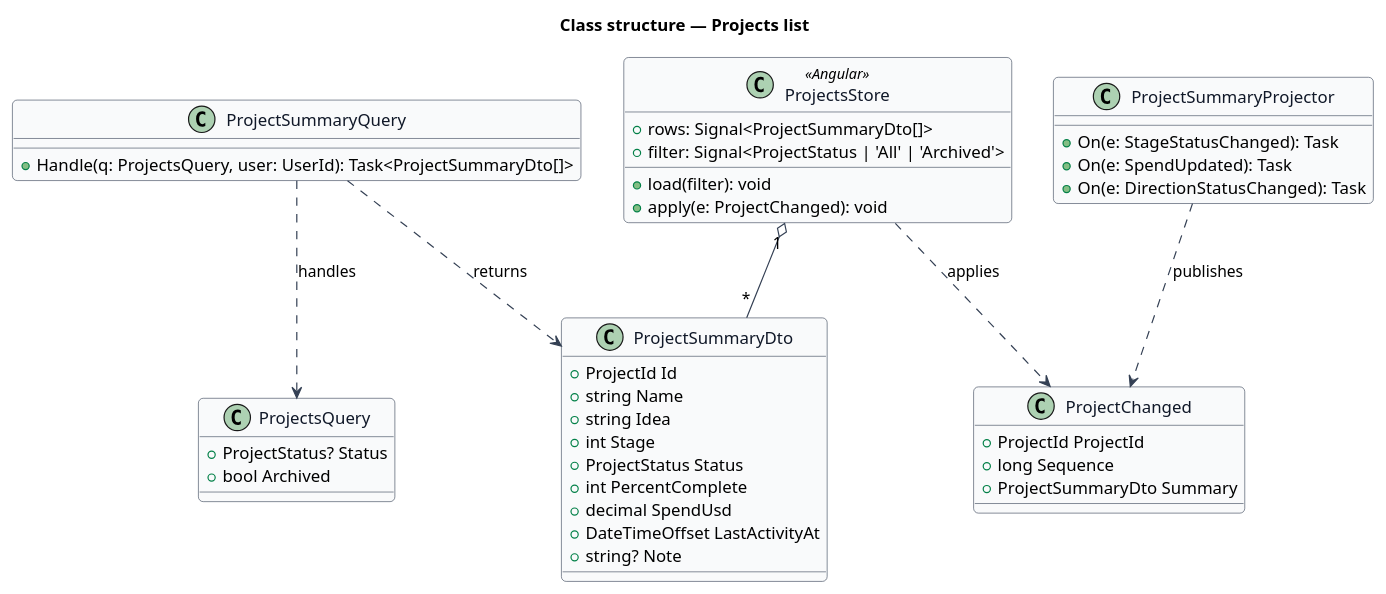
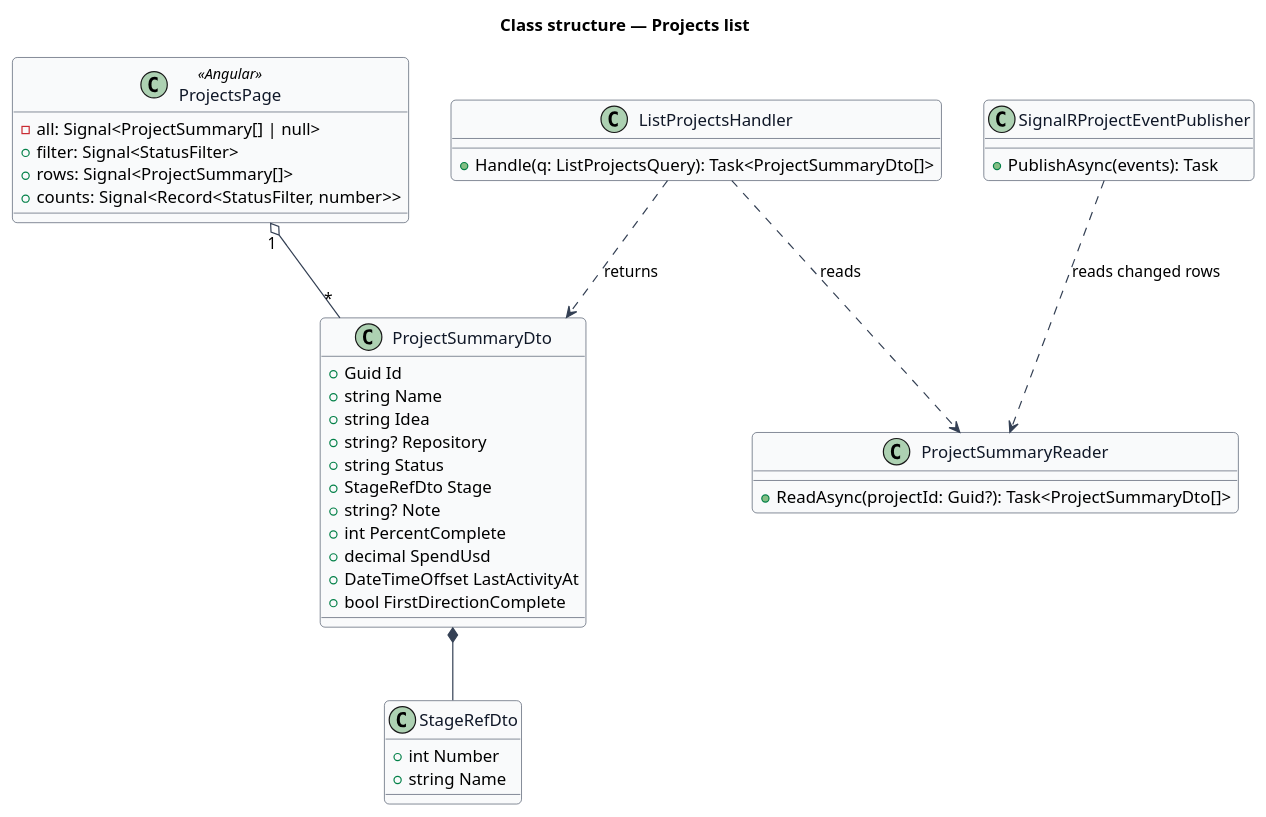
The diagram in docs/detailed-designs/projects/projects-list/diagrams/class-structure.puml (QuinntyneBrown/hewn), drawn with PlantUML before and after one commit. The commit also changed 64 other files, not shown here.

```diff
--- a/docs/detailed-designs/projects/projects-list/diagrams/class-structure.puml
+++ b/docs/detailed-designs/projects/projects-list/diagrams/class-structure.puml
@@ -1,53 +1,51 @@
 @startuml
 skinparam backgroundColor #FFFFFF
 skinparam shadowing false
 skinparam roundcorner 8
 skinparam defaultFontName Arial
 skinparam ArrowColor #344054
 skinparam class {
   BorderColor #344054
   FontColor #101828
   BackgroundColor #F9FAFB
 }
 title Class structure — Projects list
 
 class ProjectSummaryDto {
-  +ProjectId Id
+  +Guid Id
   +string Name
   +string Idea
-  +int Stage
-  +ProjectStatus Status
+  +string? Repository
+  +string Status
+  +StageRefDto Stage
+  +string? Note
   +int PercentComplete
   +decimal SpendUsd
   +DateTimeOffset LastActivityAt
-  +string? Note
+  +bool FirstDirectionComplete
 }
-class ProjectsQuery {
-  +ProjectStatus? Status
-  +bool Archived
+class StageRefDto {
+  +int Number
+  +string Name
 }
-class ProjectSummaryQuery {
-  +Handle(q: ProjectsQuery, user: UserId): Task<ProjectSummaryDto[]>
+class ListProjectsHandler {
+  +Handle(q: ListProjectsQuery): Task<ProjectSummaryDto[]>
 }
-class ProjectSummaryProjector {
-  +On(e: StageStatusChanged): Task
-  +On(e: SpendUpdated): Task
-  +On(e: DirectionStatusChanged): Task
+class ProjectSummaryReader {
+  +ReadAsync(projectId: Guid?): Task<ProjectSummaryDto[]>
 }
-class ProjectsStore <<Angular>> {
-  +rows: Signal<ProjectSummaryDto[]>
-  +filter: Signal<ProjectStatus | 'All' | 'Archived'>
-  +load(filter): void
-  +apply(e: ProjectChanged): void
+class SignalRProjectEventPublisher {
+  +PublishAsync(events): Task
 }
-class ProjectChanged {
-  +ProjectId ProjectId
-  +long Sequence
-  +ProjectSummaryDto Summary
+class ProjectsPage <<Angular>> {
+  -all: Signal<ProjectSummary[] | null>
+  +filter: Signal<StatusFilter>
+  +rows: Signal<ProjectSummary[]>
+  +counts: Signal<Record<StatusFilter, number>>
 }
-ProjectSummaryQuery ..> ProjectsQuery : handles
-ProjectSummaryQuery ..> ProjectSummaryDto : returns
-ProjectSummaryProjector ..> ProjectChanged : publishes
-ProjectsStore "1" o-- "*" ProjectSummaryDto
-ProjectsStore ..> ProjectChanged : applies
+ProjectSummaryDto *-- StageRefDto
+ListProjectsHandler ..> ProjectSummaryReader : reads
+SignalRProjectEventPublisher ..> ProjectSummaryReader : reads changed rows
+ListProjectsHandler ..> ProjectSummaryDto : returns
+ProjectsPage "1" o-- "*" ProjectSummaryDto
 @enduml
```
